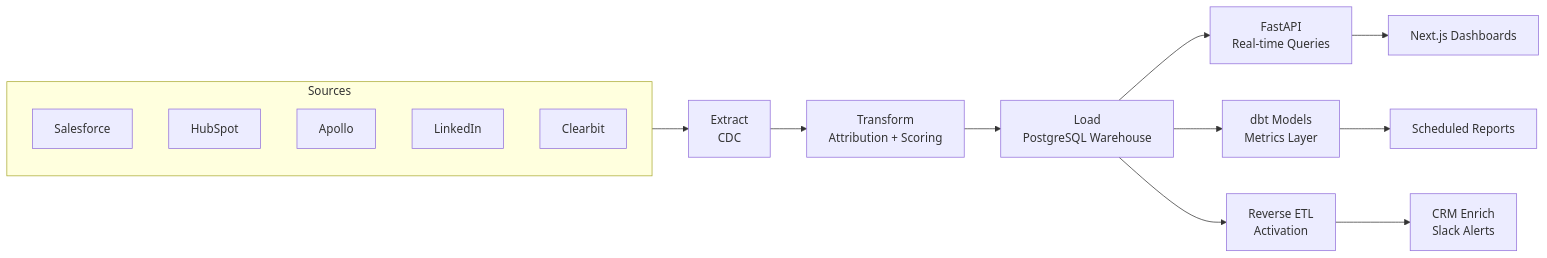
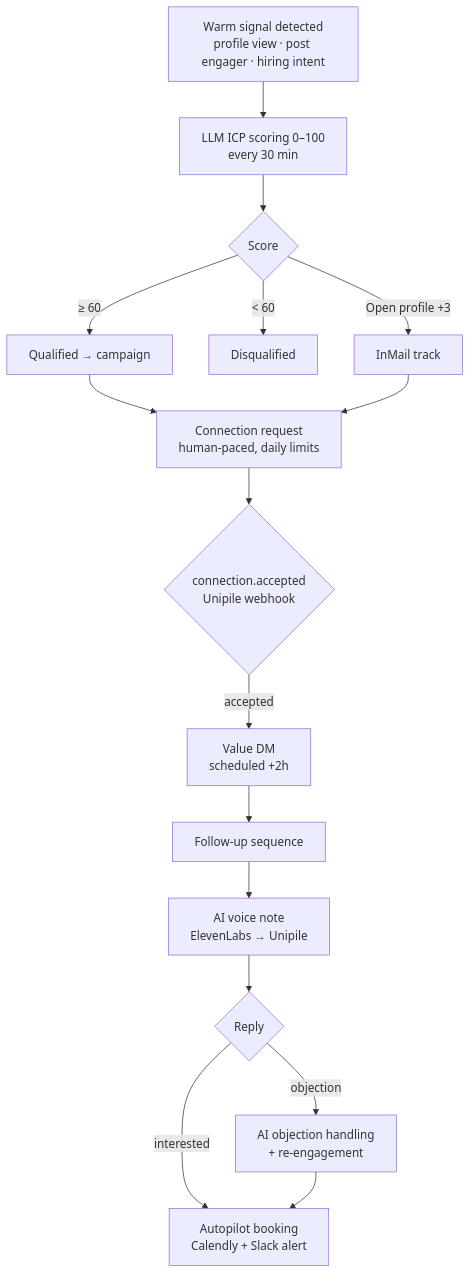
One commit to developers-universe-1/developers-universe-1 changed the second of 2 diagrams in README.md. Above: the diagram before and after it, drawn with Mermaid. The commit also changed other lines of this file, not shown here.

First line of the commit message:
docs: tighten profile to FDE-only focus

````diff
--- a/README.md
+++ b/README.md
@@ -278,19 +219,18 @@
 ```mermaid
-flowchart LR
-    subgraph Sources
-        S1[Salesforce]
-        S2[HubSpot]
-        S3[Apollo]
-        S4[LinkedIn]
-        S5[Clearbit]
-    end
-    Sources --> E[Extract<br/>CDC]
-    E --> T[Transform<br/>Attribution + Scoring]
-    T --> L[Load<br/>PostgreSQL Warehouse]
-    L --> Q1[FastAPI<br/>Real-time Queries]
-    L --> Q2[dbt Models<br/>Metrics Layer]
-    L --> Q3[Reverse ETL<br/>Activation]
-    Q1 --> D1[Next.js Dashboards]
-    Q2 --> D2[Scheduled Reports]
-    Q3 --> D3[CRM Enrich<br/>Slack Alerts]
+flowchart TD
+    A[Warm signal detected<br/>profile view · post engager · hiring intent] --> B[LLM ICP scoring 0–100<br/>every 30 min]
+    B --> C{Score}
+    C -->|≥ 60| D[Qualified → campaign]
+    C -->|< 60| E[Disqualified]
+    C -->|Open profile +3| F[InMail track]
+    D --> G[Connection request<br/>human-paced, daily limits]
+    F --> G
+    G --> H{connection.accepted<br/>Unipile webhook}
+    H -->|accepted| I[Value DM<br/>scheduled +2h]
+    I --> J[Follow-up sequence]
+    J --> K[AI voice note<br/>ElevenLabs → Unipile]
+    K --> L{Reply}
+    L -->|interested| M[Autopilot booking<br/>Calendly + Slack alert]
+    L -->|objection| N[AI objection handling<br/>+ re-engagement]
+    N --> M
 ```
````
